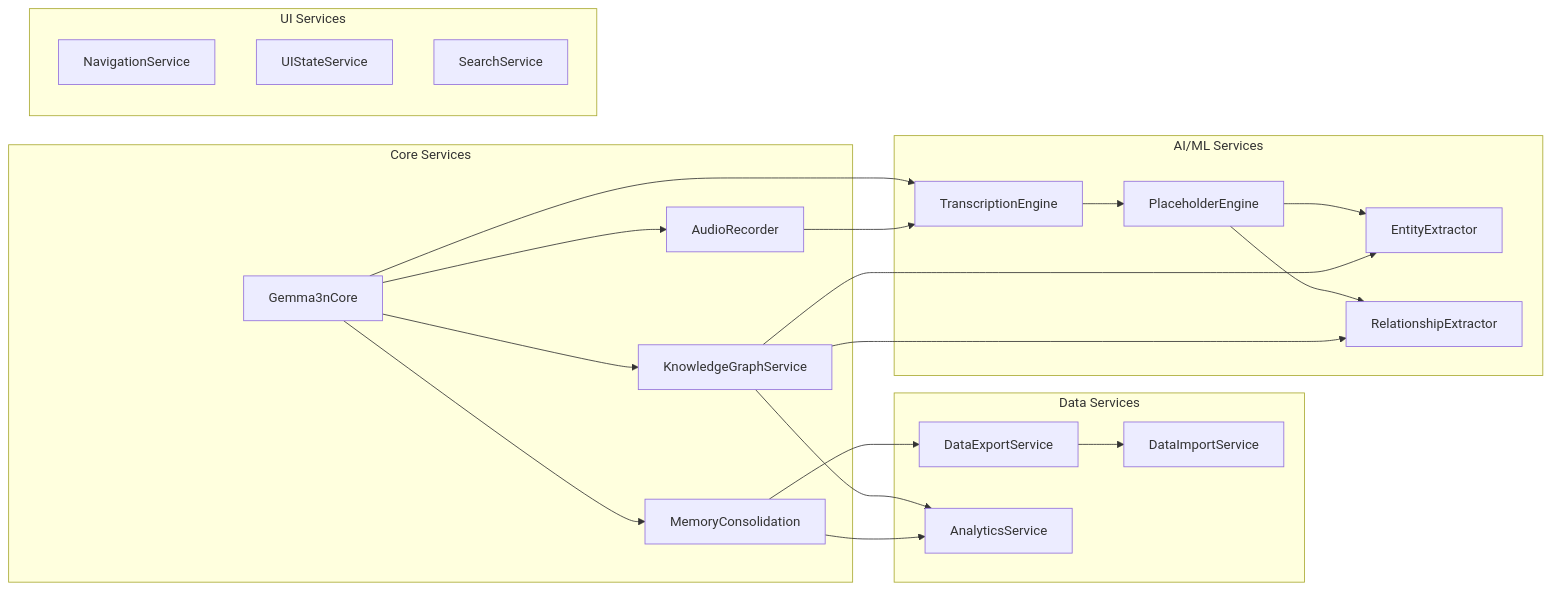
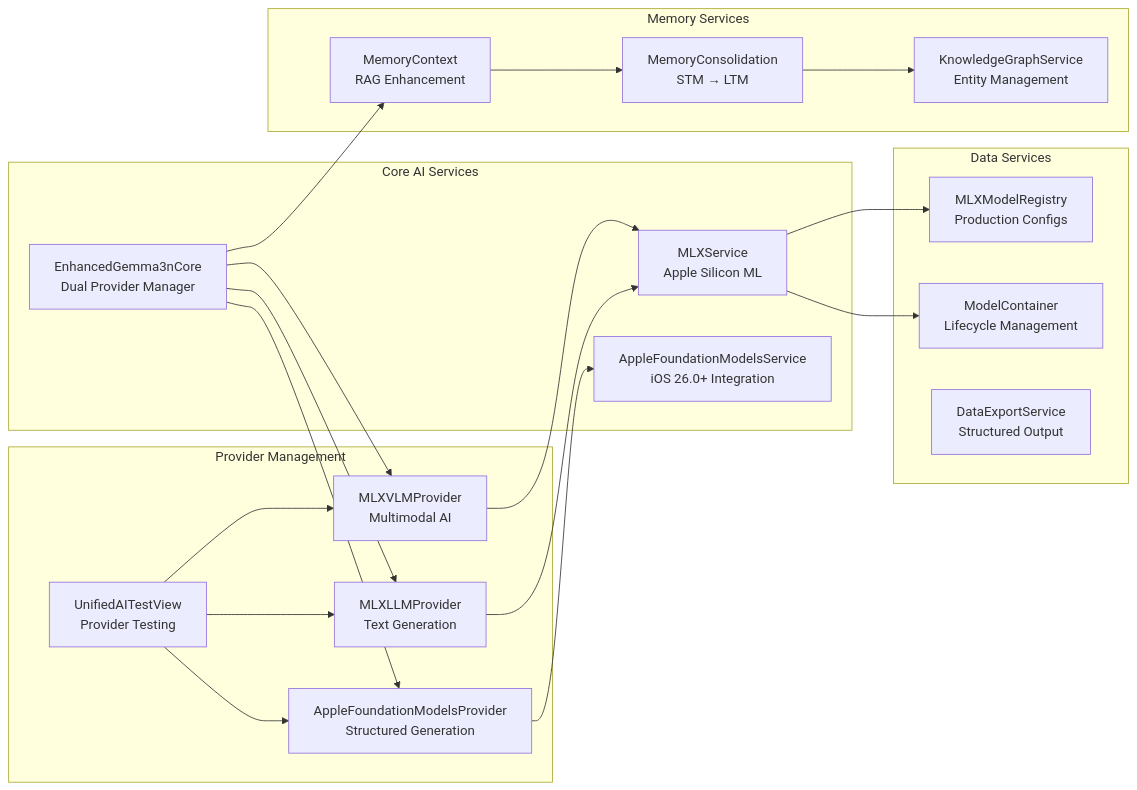
Before and after one commit to likesjx/ProjectOne: the fifth of 6 diagrams in docs/architecture/SYSTEM_ARCHITECTURE_OVERVIEW.md, drawn with Mermaid. The commit also changed other lines of this file and 19 other files, not shown here.

````diff
--- a/docs/architecture/SYSTEM_ARCHITECTURE_OVERVIEW.md
+++ b/docs/architecture/SYSTEM_ARCHITECTURE_OVERVIEW.md
@@ -203,47 +310,46 @@
 ```mermaid
 graph LR
-    subgraph "Core Services"
-        GC[Gemma3nCore]
-        AR[AudioRecorder]
-        KGS[KnowledgeGraphService]
-        MC[MemoryConsolidation]
+    subgraph "Core AI Services"
+        EGC[EnhancedGemma3nCore<br/>Dual Provider Manager]
+        MLXS[MLXService<br/>Apple Silicon ML]
+        AFMS[AppleFoundationModelsService<br/>iOS 26.0+ Integration]
+    end
+    
+    subgraph "Provider Management"
+        MLXLLM[MLXLLMProvider<br/>Text Generation]
+        MLXVLM[MLXVLMProvider<br/>Multimodal AI] 
+        AFM[AppleFoundationModelsProvider<br/>Structured Generation]
+        TEST[UnifiedAITestView<br/>Provider Testing]
+    end
+    
+    subgraph "Memory Services"
+        MC[MemoryContext<br/>RAG Enhancement]
+        MMC[MemoryConsolidation<br/>STM → LTM]
+        KGS[KnowledgeGraphService<br/>Entity Management]
     end
     
     subgraph "Data Services"
-        DES[DataExportService]
-        DIS[DataImportService]
-        AS[AnalyticsService]
+        MLXMR[MLXModelRegistry<br/>Production Configs]
+        ModelContainer[ModelContainer<br/>Lifecycle Management]
+        DES[DataExportService<br/>Structured Output]
     end
     
-    subgraph "AI/ML Services"
-        TE[TranscriptionEngine]
-        PE[PlaceholderEngine]
-        EE[EntityExtractor]
-        RE[RelationshipExtractor]
-    end
+    EGC --> MLXLLM
+    EGC --> MLXVLM
+    EGC --> AFM
     
-    subgraph "UI Services"
-        NS[NavigationService]
-        US[UIStateService]
-        SS[SearchService]
-    end
+    MLXLLM --> MLXS
+    MLXVLM --> MLXS
+    AFM --> AFMS
     
-    GC --> AR
-    GC --> KGS
-    GC --> MC
-    GC --> TE
+    MLXS --> MLXMR
+    MLXS --> ModelContainer
     
-    AR --> TE
-    TE --> PE
-    PE --> EE
-    PE --> RE
+    EGC --> MC
+    MC --> MMC
+    MMC --> KGS
     
-    KGS --> EE
-    KGS --> RE
-    
-    MC --> DES
-    DES --> DIS
-    
-    KGS --> AS
-    MC --> AS
+    TEST --> MLXLLM
+    TEST --> MLXVLM
+    TEST --> AFM
 ```
````
